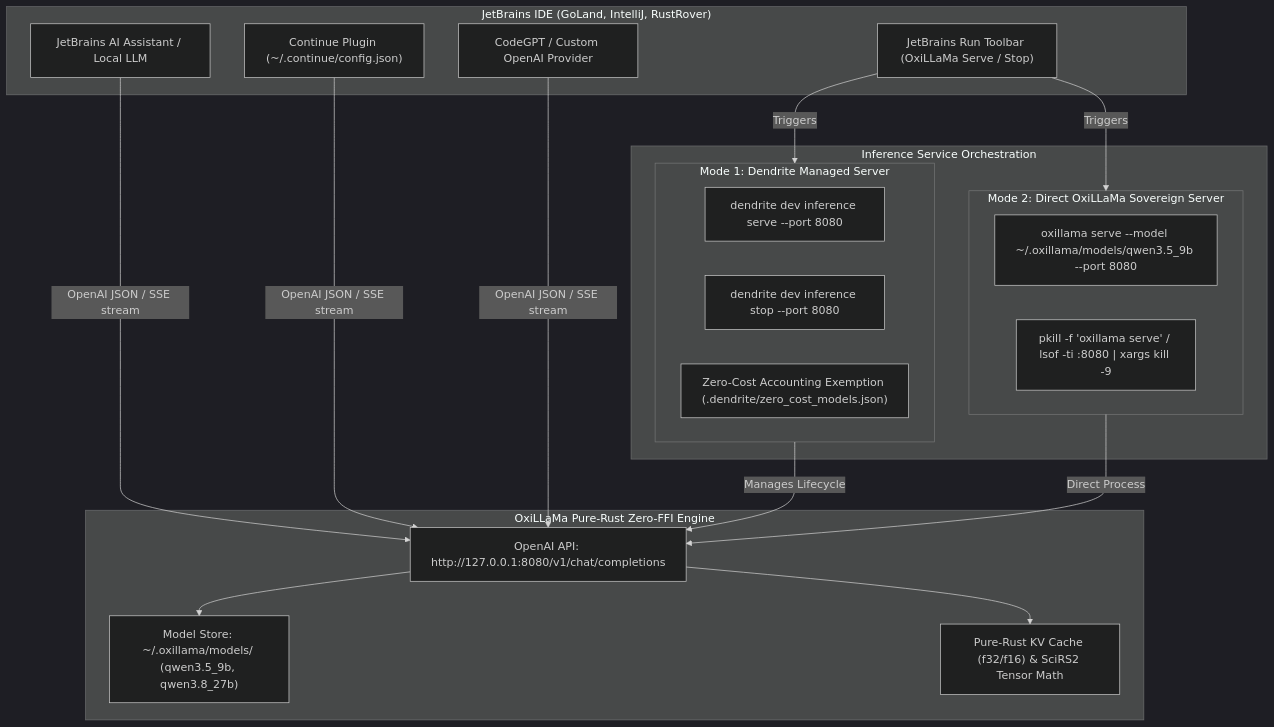
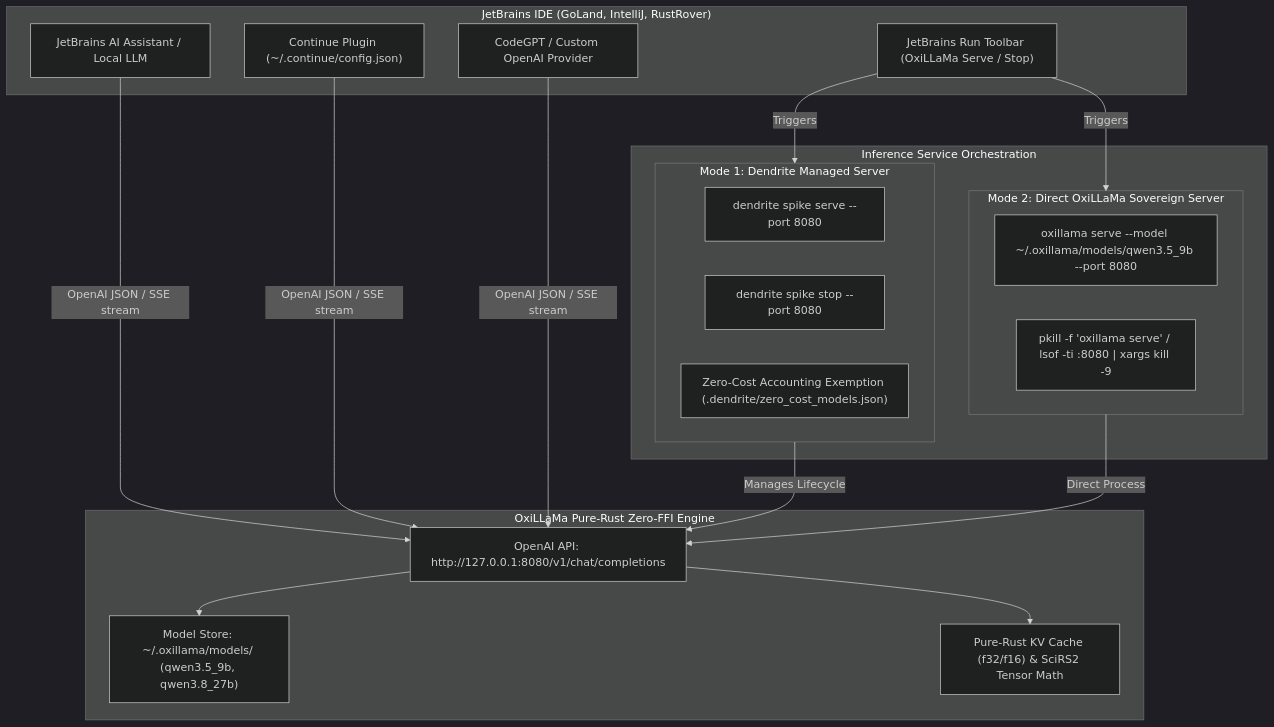
The diagram in docs/guides/oxillama-jetbrains-integration.md (yasuomaidana/dendrite), drawn with Mermaid (dark theme) before and after one commit. The commit also changed other lines of this file and 61 other files, not shown here.

````diff
--- a/docs/guides/oxillama-jetbrains-integration.md
+++ b/docs/guides/oxillama-jetbrains-integration.md
@@ -22,34 +22,34 @@
 ```mermaid
 flowchart TD
     subgraph JetBrains_IDE ["JetBrains IDE (GoLand, IntelliJ, RustRover)"]
         AIAssistant["JetBrains AI Assistant / Local LLM"]
         ContinuePlugin["Continue Plugin (~/.continue/config.json)"]
         CodeGPT["CodeGPT / Custom OpenAI Provider"]
         RunConfig["JetBrains Run Toolbar (OxiLLaMa Serve / Stop)"]
     end
 
     subgraph OperationalModes ["Inference Service Orchestration"]
         subgraph Mode1 ["Mode 1: Dendrite Managed Server"]
-            DendriteCLI["dendrite dev inference serve --port 8080"]
-            DendriteStop["dendrite dev inference stop --port 8080"]
+            DendriteCLI["dendrite spike serve --port 8080"]
+            DendriteStop["dendrite spike stop --port 8080"]
             ZeroCostReg["Zero-Cost Accounting Exemption (.dendrite/zero_cost_models.json)"]
         end
 
         subgraph Mode2 ["Mode 2: Direct OxiLLaMa Sovereign Server"]
             OxillamaCLI["oxillama serve --model ~/.oxillama/models/qwen3.5_9b --port 8080"]
             OxillamaKill["pkill -f 'oxillama serve' / lsof -ti :8080 | xargs kill -9"]
         end
     end
 
     subgraph OxiLLaMa_Rust_Engine ["OxiLLaMa Pure-Rust Zero-FFI Engine"]
         Storage["Model Store: ~/.oxillama/models/ (qwen3.5_9b, qwen3.8_27b)"]
         KVCache["Pure-Rust KV Cache (f32/f16) & SciRS2 Tensor Math"]
         API["OpenAI API: http://127.0.0.1:8080/v1/chat/completions"]
     end
 
     AIAssistant & ContinuePlugin & CodeGPT -->|OpenAI JSON / SSE stream| API
     RunConfig -->|Triggers| Mode1 & Mode2
     Mode1 -->|Manages Lifecycle| API
     Mode2 -->|Direct Process| API
     API --> Storage & KVCache
 ```
````
